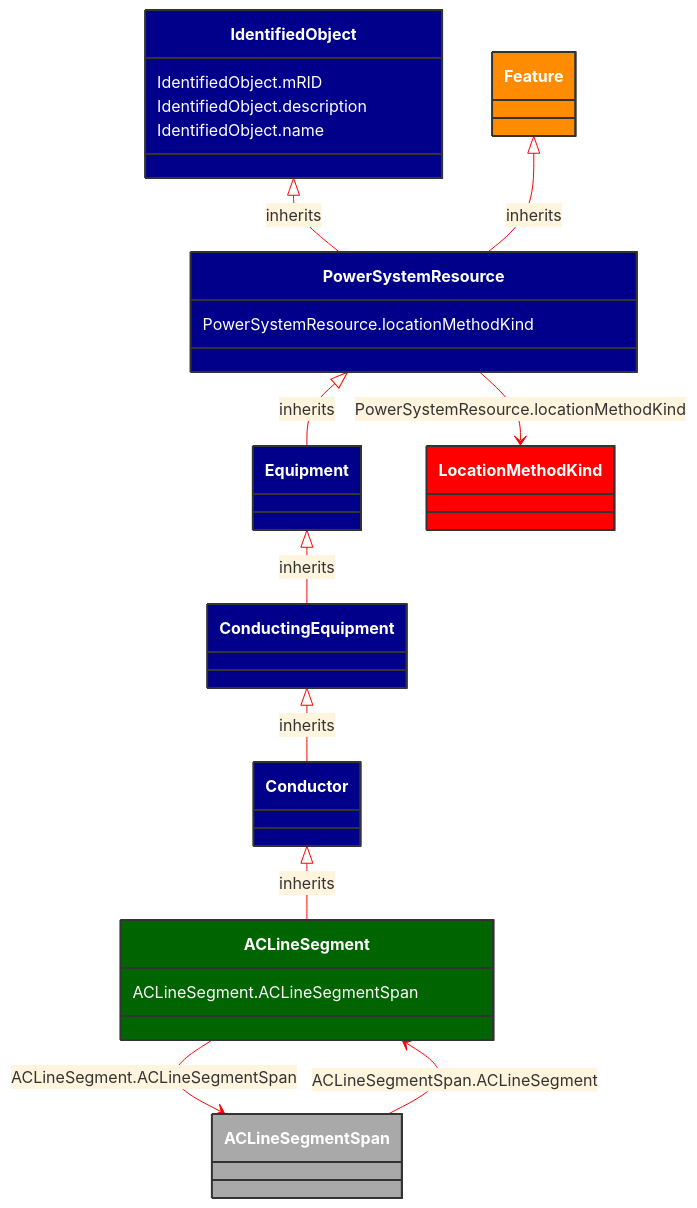
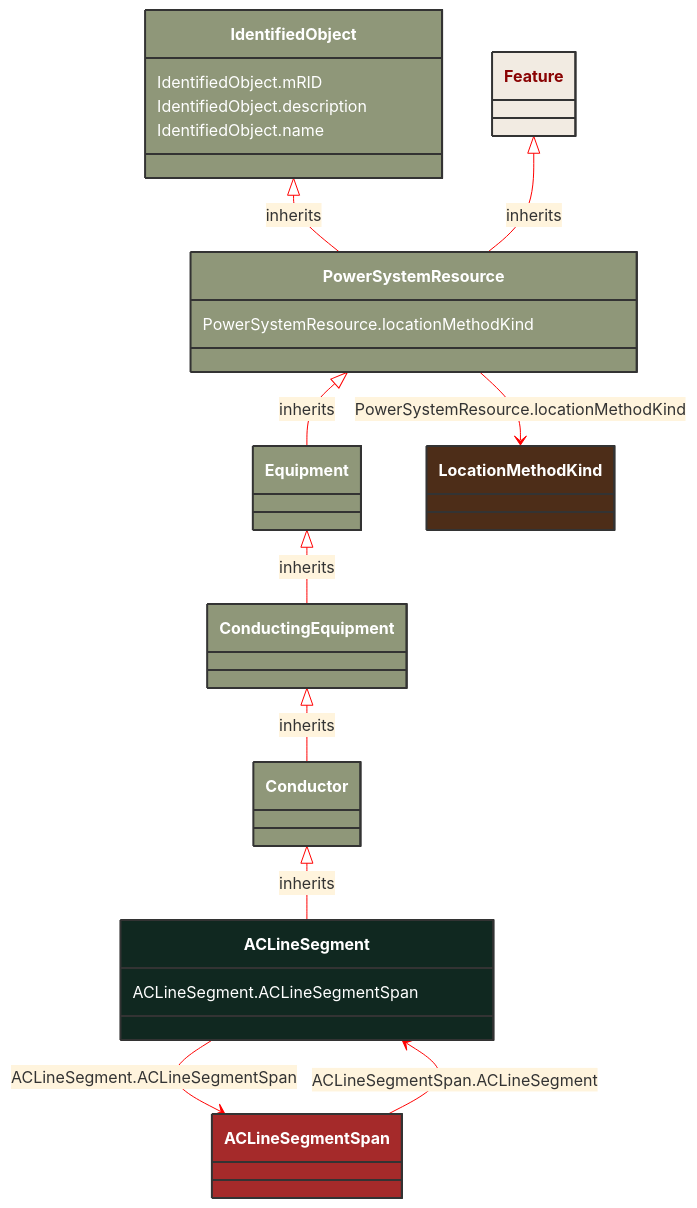
Before and after one commit to 3lbits/NoCIMExtensions: the diagram in docs/Models/Profiles/AviationObstacle/ConcreteClasses/ACLineSegment.md, drawn with Mermaid. The commit also changed 190 other files, not shown here.

````diff
--- a/docs/Models/Profiles/AviationObstacle/ConcreteClasses/ACLineSegment.md
+++ b/docs/Models/Profiles/AviationObstacle/ConcreteClasses/ACLineSegment.md
@@ -8,59 +8,55 @@
 ```mermaid
 %%{init: {'theme':'base','themeVariables': {'lineColor': '#FF0000'}}}%%
 classDiagram
     class ACLineSegment
     click ACLineSegment href "/Models/Profiles/AviationObstacle/ConcreteClasses/ACLineSegment/"
-    style ACLineSegment fill:#006400,stroke:#333,stroke-width:2px,rx:10,ry:10,color:white
-
+    style ACLineSegment fill:#102820,stroke:#333,stroke-width:2px,rx:10,ry:10,color:white
+     
         Conductor <|-- ACLineSegment : inherits
             click Conductor href "/Models/Profiles/AviationObstacle/AbstractClasses/Conductor/"
-            style Conductor fill:#00008B,stroke:#333,stroke-width:2px,rx:10,ry:10,color:white
-
-        ACLineSegment
-            click ACLineSegment href "/Models/Profiles/AviationObstacle/ConcreteClasses/ACLineSegment/"
-            style Conductor fill:#00008B,stroke:#333,stroke-width:2px,rx:10,ry:10,color:white
-
+            style Conductor fill:#8F9779,stroke:#333,stroke-width:2px,rx:10,ry:10,color:white
+     
         ConductingEquipment <|-- Conductor : inherits
             click ConductingEquipment href "/Models/Profiles/AviationObstacle/AbstractClasses/ConductingEquipment/"
-            style ConductingEquipment fill:#00008B,stroke:#333,stroke-width:2px,rx:10,ry:10,color:white
-
+            style ConductingEquipment fill:#8F9779,stroke:#333,stroke-width:2px,rx:10,ry:10,color:white
+     
         Equipment <|-- ConductingEquipment : inherits
             click Equipment href "/Models/Profiles/AviationObstacle/AbstractClasses/Equipment/"
-            style Equipment fill:#00008B,stroke:#333,stroke-width:2px,rx:10,ry:10,color:white
-
+            style Equipment fill:#8F9779,stroke:#333,stroke-width:2px,rx:10,ry:10,color:white
+     
         PowerSystemResource <|-- Equipment : inherits
             click PowerSystemResource href "/Models/Profiles/AviationObstacle/AbstractClasses/PowerSystemResource/"
-            style PowerSystemResource fill:#00008B,stroke:#333,stroke-width:2px,rx:10,ry:10,color:white
-
+            style PowerSystemResource fill:#8F9779,stroke:#333,stroke-width:2px,rx:10,ry:10,color:white
+     
         IdentifiedObject <|-- PowerSystemResource : inherits
             click IdentifiedObject href "/Models/Profiles/AviationObstacle/AbstractClasses/IdentifiedObject/"
-            style IdentifiedObject fill:#00008B,stroke:#333,stroke-width:2px,rx:10,ry:10,color:white
+            style IdentifiedObject fill:#8F9779,stroke:#333,stroke-width:2px,rx:10,ry:10,color:white
 
         Feature <|-- PowerSystemResource : inherits
             click Feature href "/Models/Profiles/AviationObstacle/ConcreteClasses/Feature/"
-            style Feature fill:#FF8C00,stroke:#333,stroke-width:2px,rx:10,ry:10,color:white
+            style Feature fill:#F2EBE2,stroke:#333,stroke-width:2px,rx:10,ry:10,color:#8A0303
 
         ACLineSegment --> ACLineSegmentSpan : ACLineSegment.ACLineSegmentSpan
 
         ACLineSegmentSpan
             click ACLineSegmentSpan href "/Models/Profiles/AviationObstacle/ConcreteClasses/ACLineSegmentSpan/"
-            style ACLineSegmentSpan fill:#A9A9A9,stroke:#333,stroke-width:2px,rx:10,ry:10,color:white
+            style ACLineSegmentSpan fill:#A52A2A,stroke:#333,stroke-width:2px,rx:10,ry:10,color:white
 
         ACLineSegmentSpan --> ACLineSegment : ACLineSegmentSpan.ACLineSegment
 
         ACLineSegmentSpan
             click ACLineSegmentSpan href "/Models/Profiles/AviationObstacle/ConcreteClasses/ACLineSegmentSpan/"
-            style ACLineSegmentSpan fill:#A9A9A9,stroke:#333,stroke-width:2px,rx:10,ry:10,color:white
+            style ACLineSegmentSpan fill:#A52A2A,stroke:#333,stroke-width:2px,rx:10,ry:10,color:white
 
         PowerSystemResource --> LocationMethodKind : PowerSystemResource.locationMethodKind
 
         LocationMethodKind
             click LocationMethodKind href "/Models/Profiles/AviationObstacle/Enumerations/LocationMethodKind/"
-            style LocationMethodKind fill:#FF0000,stroke:#333,stroke-width:2px,rx:10,ry:10,color:white
+            style LocationMethodKind fill:#4D2D18,stroke:#333,stroke-width:2px,rx:10,ry:10,color:white
 
         ACLineSegment : ACLineSegment.ACLineSegmentSpan
         PowerSystemResource : PowerSystemResource.locationMethodKind
         IdentifiedObject : IdentifiedObject.mRID
         IdentifiedObject : IdentifiedObject.description
         IdentifiedObject : IdentifiedObject.name
 ```
````
